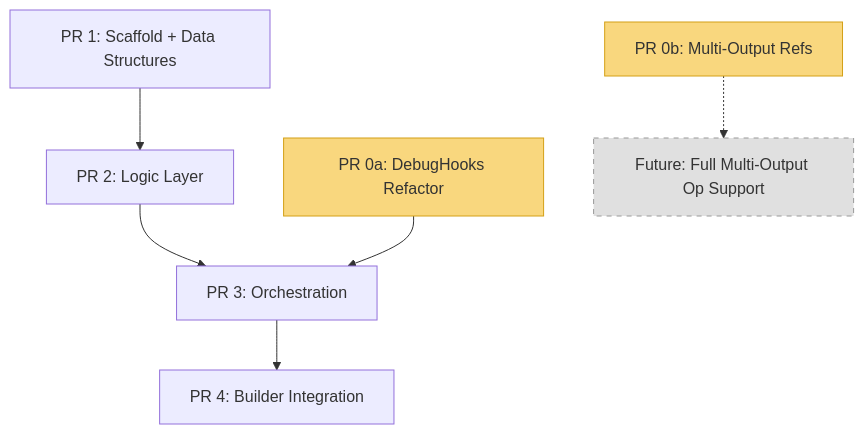
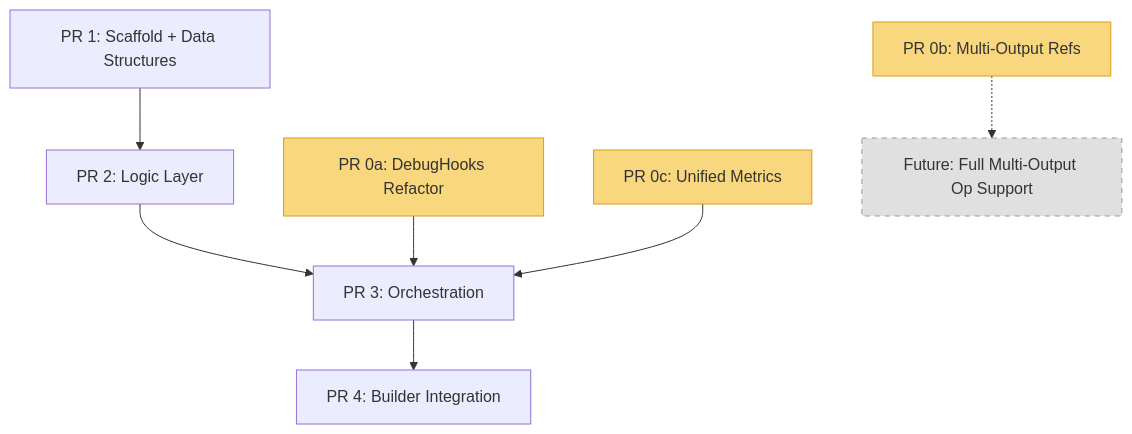
The diagram in tools/chisel/docs/implementation_plan.md (tenstorrent/tt-mlir), drawn with Mermaid before and after one commit. The commit also changed other lines of this file and 1 other file, not shown here.

````diff
--- a/tools/chisel/docs/implementation_plan.md
+++ b/tools/chisel/docs/implementation_plan.md
@@ -27,12 +31,14 @@
 ```mermaid
 graph TD
     PR1["PR 1: Scaffold + Data Structures"] --> PR2["PR 2: Logic Layer"]
     PR2 --> PR3["PR 3: Orchestration"]
     PR0a["PR 0a: DebugHooks Refactor"] --> PR3
+    PR0c["PR 0c: Unified Metrics"] --> PR3
     PR3 --> PR4["PR 4: Builder Integration"]
     PR0b["PR 0b: Multi-Output Refs"] -.-> Future["Future: Full Multi-Output Op Support"]
 
     style PR0a fill:#f9d77e,stroke:#d4a017
     style PR0b fill:#f9d77e,stroke:#d4a017
+    style PR0c fill:#f9d77e,stroke:#d4a017
     style Future fill:#e0e0e0,stroke:#999,stroke-dasharray: 5 5
 ```
````
